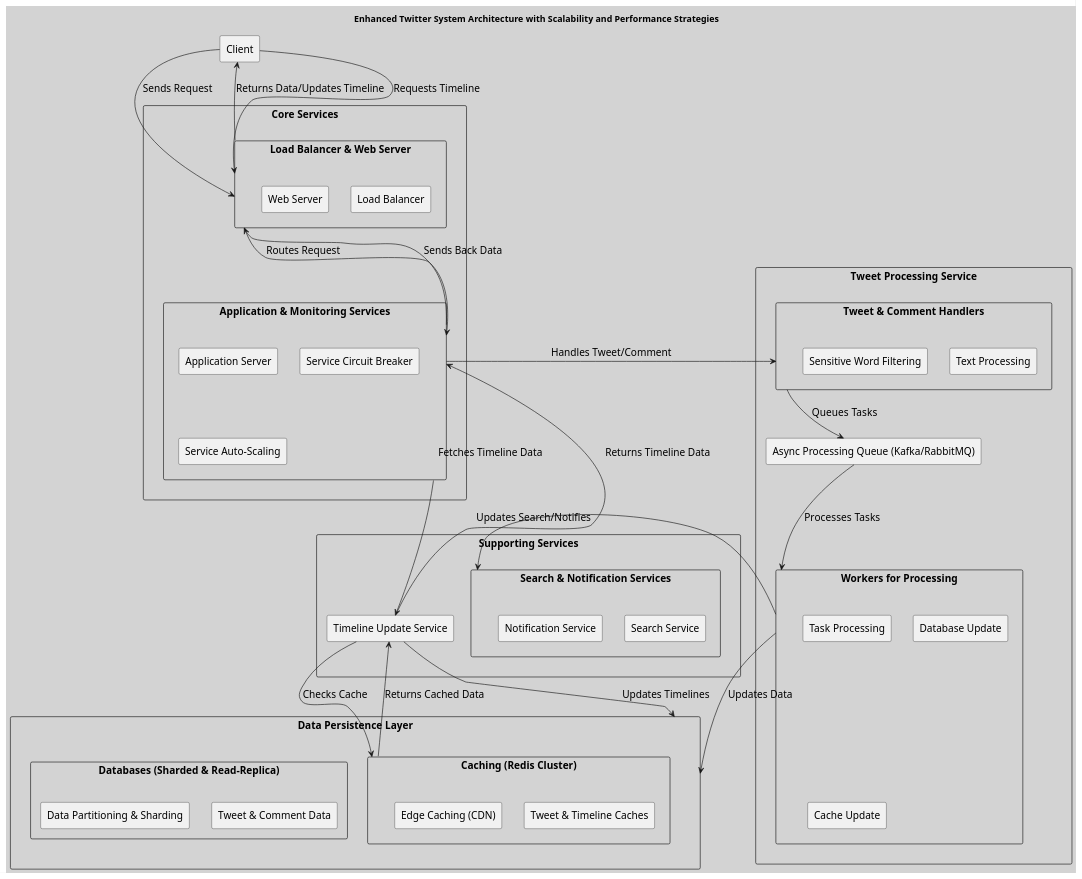
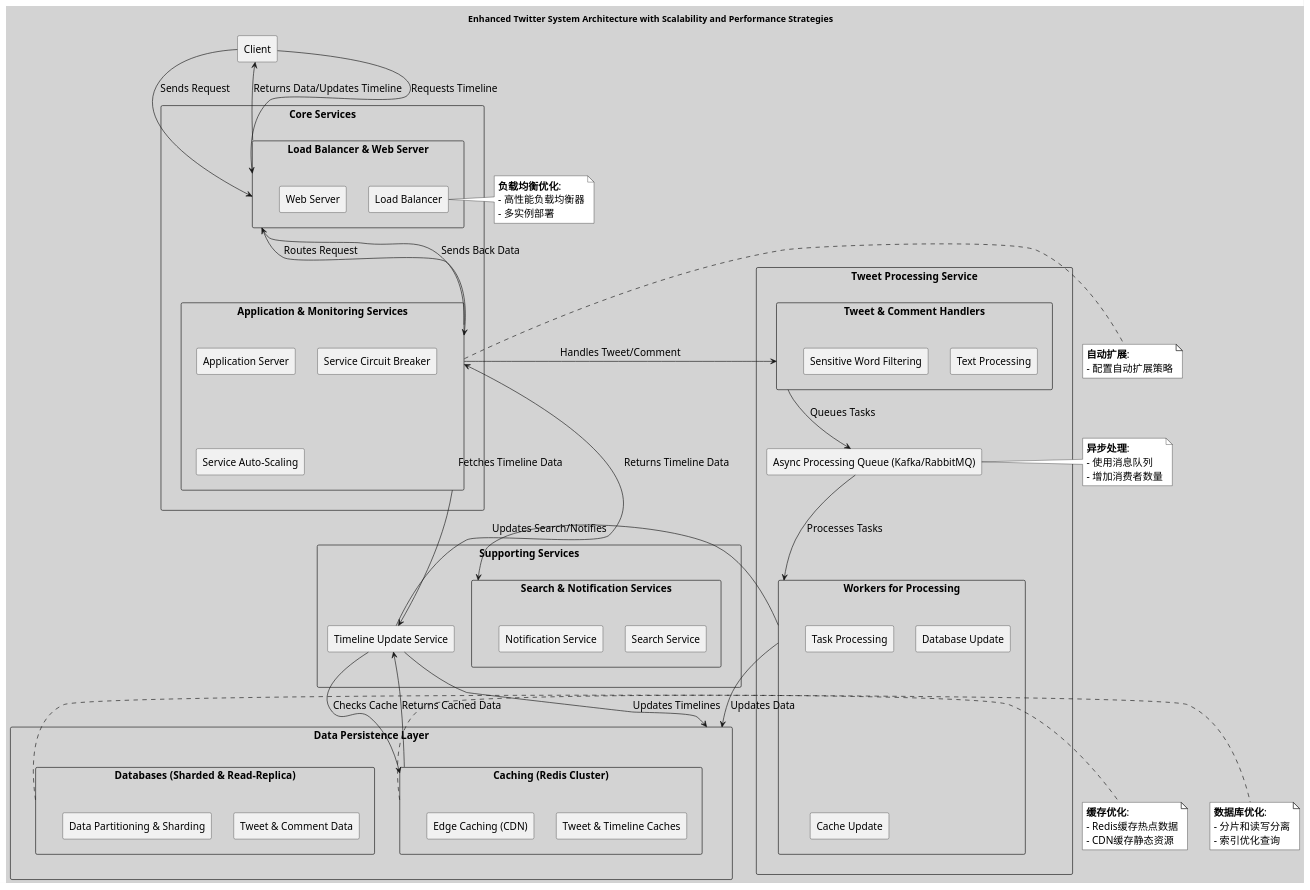
Before and after one commit to huangyingw/system_design: the diagram in twitter/tweet_system_detailed_architecture.puml, drawn with PlantUML.

```diff
--- a/twitter/tweet_system_detailed_architecture.puml
+++ b/twitter/tweet_system_detailed_architecture.puml
@@ -1,83 +1,108 @@
 @startuml
 
 skinparam backgroundColor #D3D3D3
 skinparam defaultFontName "Arial"
 skinparam defaultFontSize 16
-skinparam rectangle {
-  FontColor black
-  FontSize 16
-  FontName "Arial"
-}
 skinparam note {
   BackgroundColor #FFFFFF
   BorderColor #000000
   FontSize 16
   FontName "Arial"
 }
 
 title Enhanced Twitter System Architecture with Scalability and Performance Strategies
 
 rectangle "Client" as Client
 
 rectangle "Core Services" as Core {
     rectangle "Load Balancer & Web Server" as LBWS {
         rectangle "Load Balancer" as LB
         rectangle "Web Server" as WS
     }
     rectangle "Application & Monitoring Services" as AMS {
         rectangle "Application Server" as AS
         rectangle "Service Circuit Breaker" as SCB
         rectangle "Service Auto-Scaling" as SAS
     }
 }
 
 rectangle "Tweet Processing Service" as TPS {
     rectangle "Tweet & Comment Handlers" as TCH {
         rectangle "Text Processing" as TP
         rectangle "Sensitive Word Filtering" as SWF
     }
     rectangle "Async Processing Queue (Kafka/RabbitMQ)" as APQ
     rectangle "Workers for Processing" as Workers {
         rectangle "Task Processing" as TProc
         rectangle "Database Update" as DBU
         rectangle "Cache Update" as CU
     }
 }
 
 rectangle "Supporting Services" as SS {
     rectangle "Search & Notification Services" as SNS {
         rectangle "Search Service" as SSrv
         rectangle "Notification Service" as NSrv
     }
     rectangle "Timeline Update Service" as TUS
 }
 
 rectangle "Data Persistence Layer" as DPS {
     rectangle "Caching (Redis Cluster)" as Cache {
         rectangle "Tweet & Timeline Caches" as TTC
         rectangle "Edge Caching (CDN)" as EC
     }
     rectangle "Databases (Sharded & Read-Replica)" as DB {
         rectangle "Tweet & Comment Data" as TCD
         rectangle "Data Partitioning & Sharding" as DPSH
     }
 }
 
 ' Define data flows
 Client -down-> LBWS : Sends Request
 LBWS -down-> AMS : Routes Request
 AMS -right-> TCH : Handles Tweet/Comment
 TCH -down-> APQ : Queues Tasks
 APQ -down-> Workers : Processes Tasks
 Workers -down-> DPS : Updates Data
 Workers -left-> SNS : Updates Search/Notifies
 TUS -down-> DPS : Updates Timelines
 Client -left-> LBWS : Requests Timeline
 AMS -down-> TUS : Fetches Timeline Data
 TUS -left-> Cache : Checks Cache
 Cache -down-> TUS : Returns Cached Data
 TUS -up-> AMS : Returns Timeline Data
 AMS -up-> LBWS : Sends Back Data
 LBWS -up-> Client : Returns Data/Updates Timeline
 
+' Performance Optimization Notes
+note right of LB
+  **负载均衡优化**:
+  - 高性能负载均衡器
+  - 多实例部署
+end note
+
+note right of Cache
+  **缓存优化**:
+  - Redis缓存热点数据
+  - CDN缓存静态资源
+end note
+
+note right of DB
+  **数据库优化**:
+  - 分片和读写分离
+  - 索引优化查询
+end note
+
+note right of APQ
+  **异步处理**:
+  - 使用消息队列
+  - 增加消费者数量
+end note
+
+note right of AMS
+  **自动扩展**:
+  - 配置自动扩展策略
+end note
+
 @enduml
```
